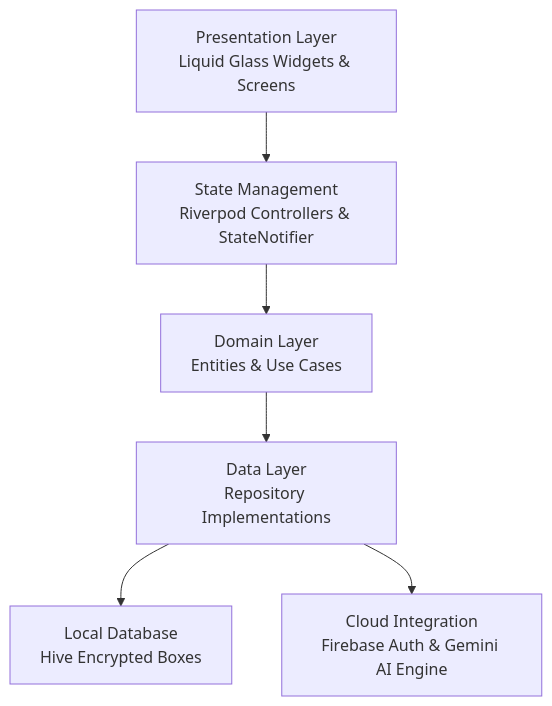
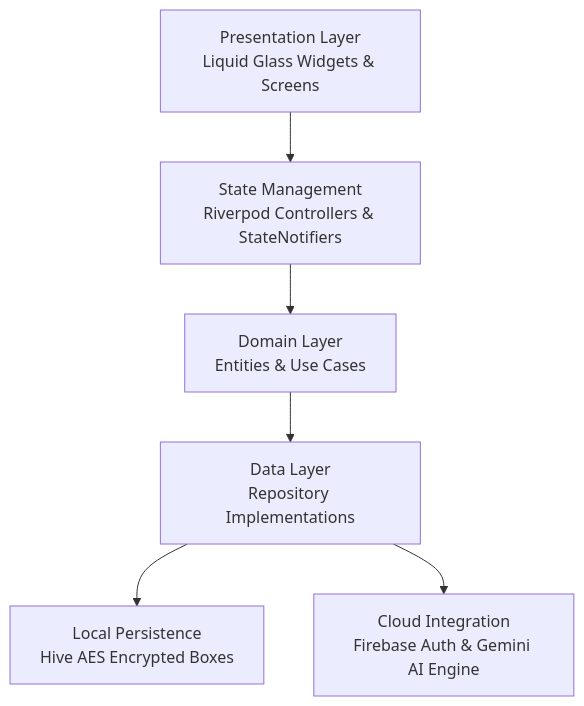
One commit to viswaas08/FinPilot-ExpenseTracker changed the diagram in README.md. Above: the diagram before and after it, drawn with Mermaid. The commit also changed other lines of this file, not shown here.

````diff
--- a/README.md
+++ b/README.md
@@ -22,8 +27,8 @@
 ```mermaid
 graph TD
-    A[Presentation Layer<br/>Liquid Glass Widgets & Screens] --> B[State Management<br/>Riverpod Controllers & StateNotifier]
+    A[Presentation Layer<br/>Liquid Glass Widgets & Screens] --> B[State Management<br/>Riverpod Controllers & StateNotifiers]
     B --> C[Domain Layer<br/>Entities & Use Cases]
     C --> D[Data Layer<br/>Repository Implementations]
-    D --> E[Local Database<br/>Hive Encrypted Boxes]
+    D --> E[Local Persistence<br/>Hive AES Encrypted Boxes]
     D --> F[Cloud Integration<br/>Firebase Auth & Gemini AI Engine]
 ```
````
